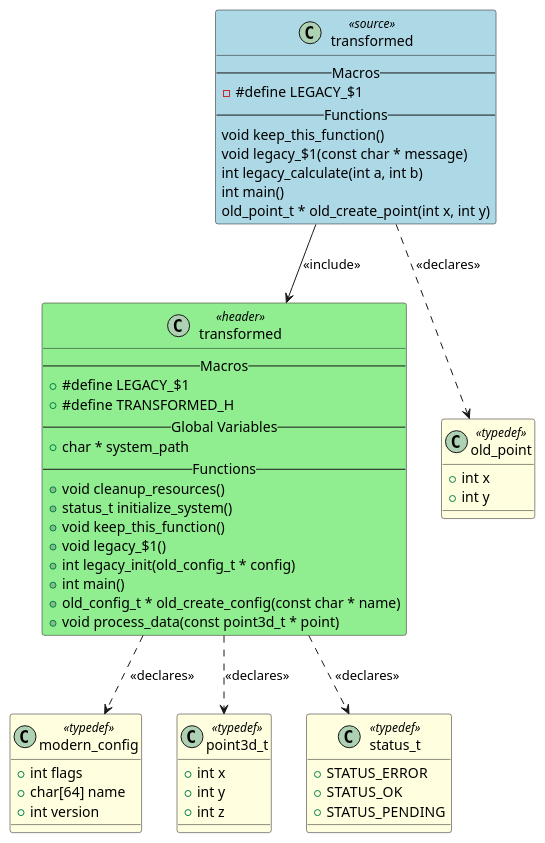
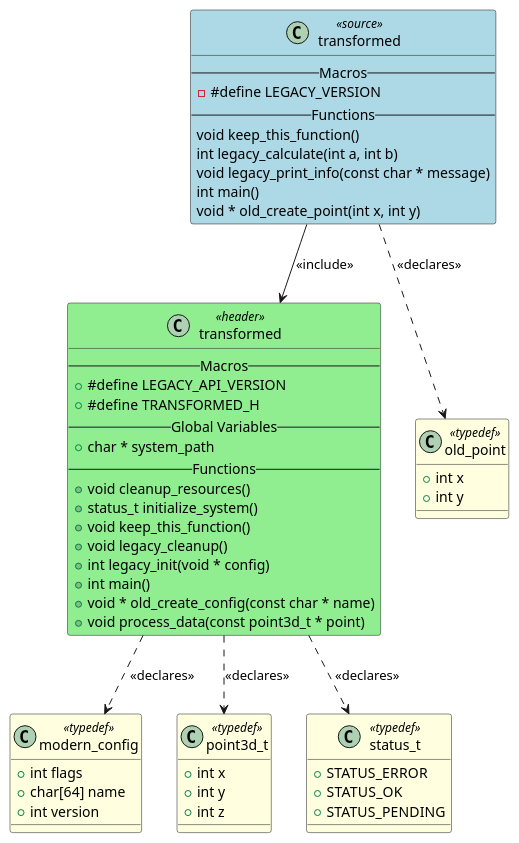
Before and after one commit to fischerjooo/c2puml: the diagram in output/transformed.puml, drawn with PlantUML. The commit also changed 15 other files, not shown here.

```diff
--- a/output/transformed.puml
+++ b/output/transformed.puml
@@ -1,72 +1,72 @@
 @startuml transformed
 
 class "transformed" as TRANSFORMED <<source>> #LightBlue
 {
     -- Macros --
-    - #define LEGACY_$1
+    - #define LEGACY_VERSION
     -- Functions --
     void keep_this_function()
-    void legacy_$1(const char * message)
     int legacy_calculate(int a, int b)
+    void legacy_print_info(const char * message)
     int main()
-    old_point_t * old_create_point(int x, int y)
+    void * old_create_point(int x, int y)
 }
 
 class "transformed" as HEADER_TRANSFORMED <<header>> #LightGreen
 {
     -- Macros --
-    + #define LEGACY_$1
+    + #define LEGACY_API_VERSION
     + #define TRANSFORMED_H
     -- Global Variables --
     + char * system_path
     -- Functions --
     + void cleanup_resources()
     + status_t initialize_system()
     + void keep_this_function()
-    + void legacy_$1()
-    + int legacy_init(old_config_t * config)
+    + void legacy_cleanup()
+    + int legacy_init(void * config)
     + int main()
-    + old_config_t * old_create_config(const char * name)
+    + void * old_create_config(const char * name)
     + void process_data(const point3d_t * point)
 }
 
 class "old_point" as TYPEDEF_OLD_POINT <<typedef>> #LightYellow
 {
     + int x
     + int y
 }
 
 class "modern_config" as TYPEDEF_MODERN_CONFIG <<typedef>> #LightYellow
 {
     + int flags
     + char[64] name
     + int version
 }
 
 class "point3d_t" as TYPEDEF_POINT3D_T <<typedef>> #LightYellow
 {
     + int x
     + int y
     + int z
 }
 
 class "status_t" as TYPEDEF_STATUS_T <<typedef>> #LightYellow
 {
     + STATUS_ERROR
     + STATUS_OK
     + STATUS_PENDING
 }
 
 
 ' Include relationships
 TRANSFORMED --> HEADER_TRANSFORMED : <<include>>
 
 ' Declaration relationships
 TRANSFORMED ..> TYPEDEF_OLD_POINT : <<declares>>
 HEADER_TRANSFORMED ..> TYPEDEF_MODERN_CONFIG : <<declares>>
 HEADER_TRANSFORMED ..> TYPEDEF_POINT3D_T : <<declares>>
 HEADER_TRANSFORMED ..> TYPEDEF_STATUS_T : <<declares>>
 
 ' Uses relationships
 
 @enduml
```
